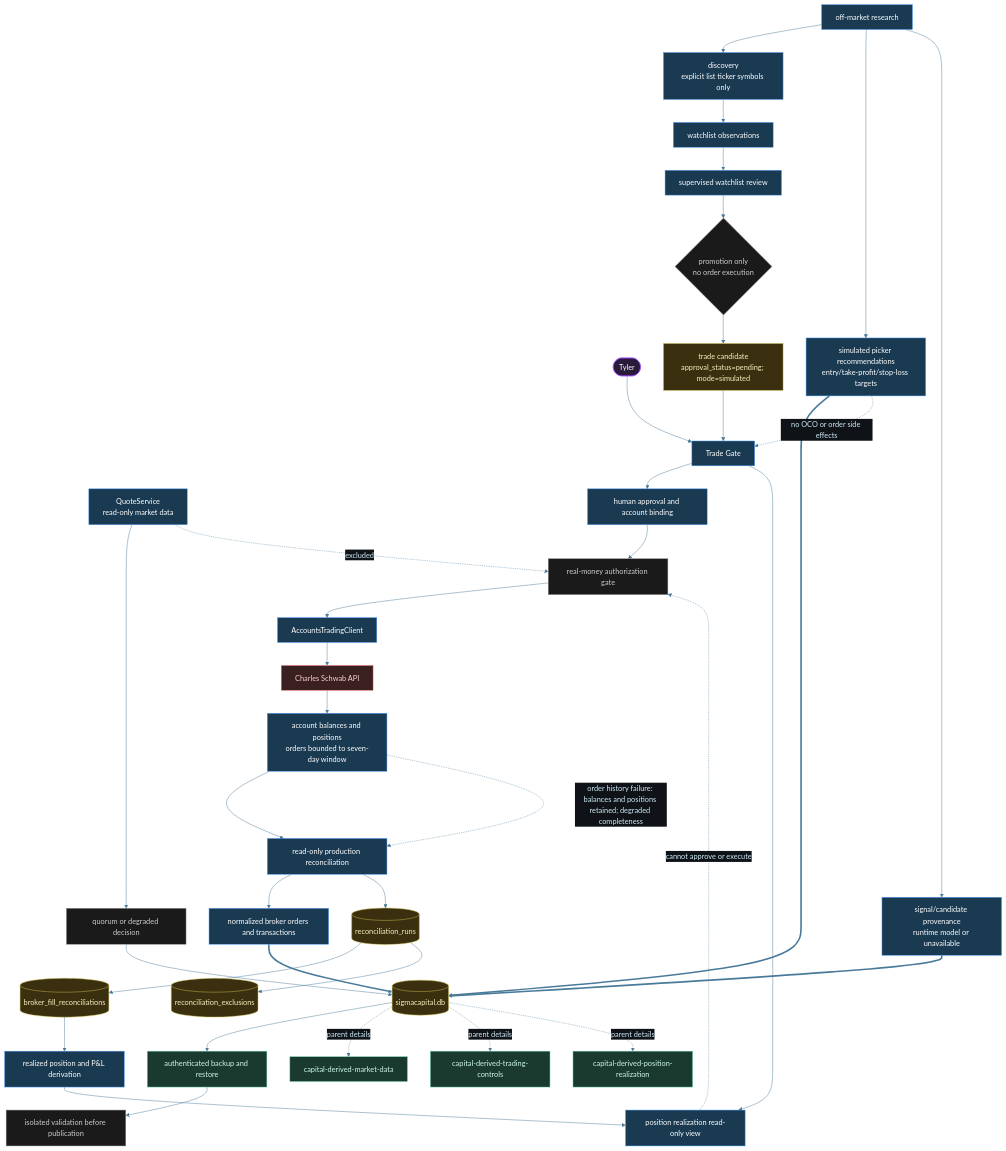
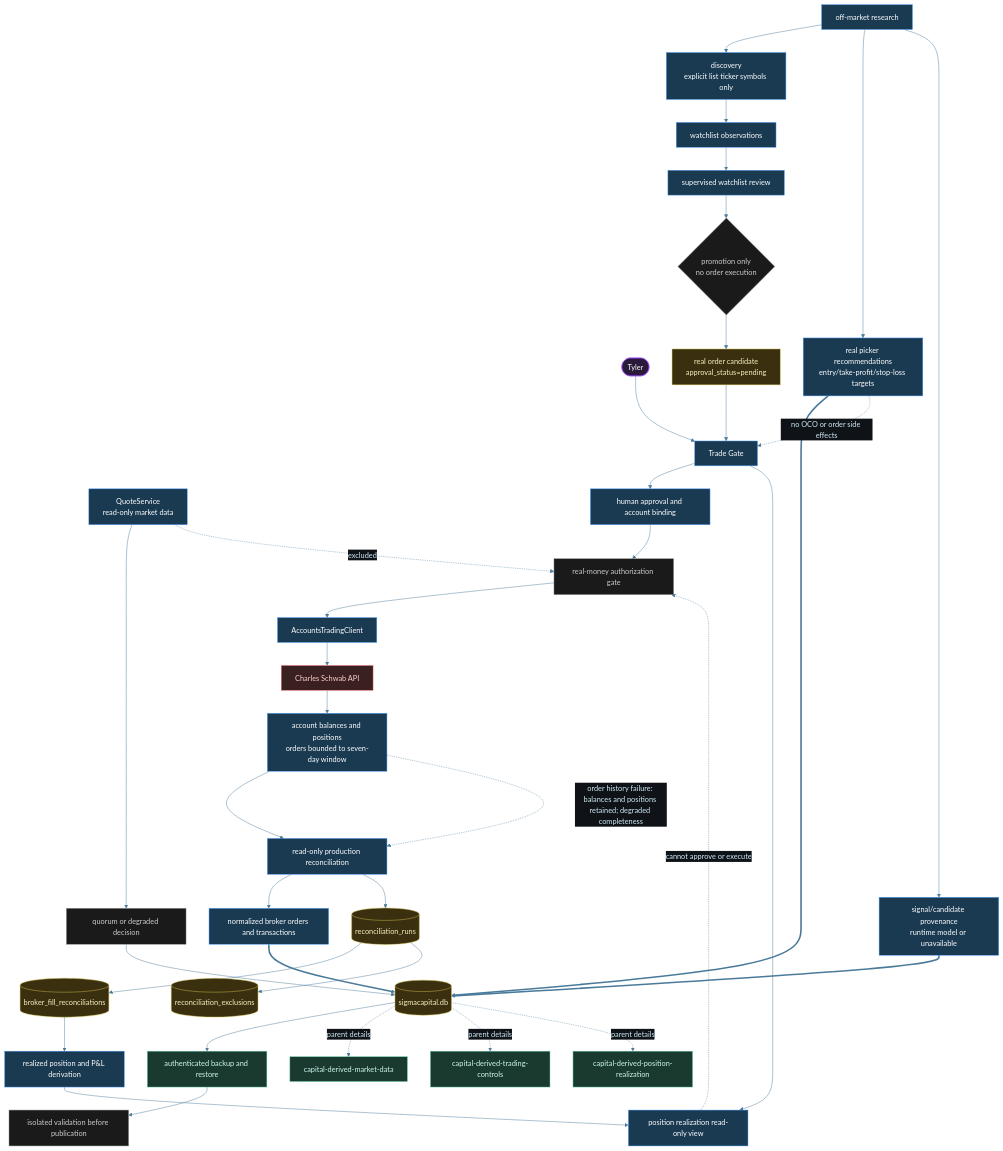
Before and after one commit to tylerdrakemusic/-Workspace: the diagram in diagrams/capital-architecture.mmd, drawn with Mermaid. The commit also changed 3 other files, not shown here.

Commit message:
docs: align picker diagrams with real candidates

```diff
--- a/diagrams/capital-architecture.mmd
+++ b/diagrams/capital-architecture.mmd
@@ -1,52 +1,52 @@
 %%{init: {'theme': 'base', 'themeVariables': {'primaryColor': '#1a2e3a', 'primaryTextColor': '#d0ecf8', 'edgeLabelBackground': '#0f1318', 'lineColor': '#4a7a9a'}}}%%
 %% is_derived_view=false
 %% Traceability.derived_views: diagrams/capital-derived-market-data.mmd, diagrams/capital-derived-trading-controls.mmd, diagrams/capital-derived-position-realization.mmd
 graph TB
     Tyler([Tyler]) --> TradeGate[Trade Gate]
     Research[off-market research] --> Discovery[discovery<br/>explicit list ticker symbols only]
     Discovery --> Watchlist[watchlist observations]
     Watchlist --> Review[supervised watchlist review]
     Review --> PromotionBoundary{promotion only<br/>no order execution}
-    PromotionBoundary --> Pending[trade candidate<br/>approval_status=pending; mode=simulated]
+    PromotionBoundary --> Pending[real order candidate<br/>approval_status=pending]
     Pending --> TradeGate
-    Research --> Picker[simulated picker recommendations<br/>entry/take-profit/stop-loss targets]
+    Research --> Picker[real picker recommendations<br/>entry/take-profit/stop-loss targets]
     Picker ==> CapitalDB
     Picker -.->|no OCO or order side effects| TradeGate
     Research --> ModelProvenance[signal/candidate provenance<br/>runtime model or unavailable]
     ModelProvenance ==> CapitalDB
     QuoteService[QuoteService<br/>read-only market data] --> QuoteDecision[quorum or degraded decision]
     QuoteDecision --> CapitalDB[(sigmacapital.db)]
     TradeGate --> Approval[human approval and account binding]
     Approval --> RealGate[real-money authorization gate]
     RealGate --> AccountsTrading[AccountsTradingClient]
     AccountsTrading --> Schwab[Charles Schwab API]
     Schwab --> AccountContext[account balances and positions<br/>orders bounded to seven-day window]
     AccountContext --> Reconciliation[read-only production reconciliation]
     AccountContext -.->|order history failure: balances and positions retained; degraded completeness| Reconciliation
     Reconciliation --> NormalizedFacts[normalized broker orders and transactions]
     NormalizedFacts ==> CapitalDB
     Reconciliation --> ReconciliationRun[(reconciliation_runs)]
     ReconciliationRun --> FillFacts[(broker_fill_reconciliations)]
     ReconciliationRun --> Exclusions[(reconciliation_exclusions)]
     FillFacts --> RealizedPnL[realized position and P&L derivation]
     RealizedPnL --> PositionView
     CapitalDB --> Backup[authenticated backup and restore]
     Backup --> Restore[isolated validation before publication]
     TradeGate --> PositionView[position realization read-only view]
     PositionView -.->|cannot approve or execute| RealGate
     QuoteService -.->|excluded| RealGate
     CapitalDB -.->|parent details| MarketView[capital-derived-market-data]
     CapitalDB -.->|parent details| TradingView[capital-derived-trading-controls]
     CapitalDB -.->|parent details| PositionViewDetail[capital-derived-position-realization]
     class Tyler tyler
     class QuoteService,TradeGate,Approval,AccountsTrading,PositionView,Research,Discovery,Watchlist,Review,Picker,ModelProvenance,AccountContext,Reconciliation,NormalizedFacts,RealizedPnL orch
     class QuoteDecision,RealGate,Restore,PromotionBoundary state
     class CapitalDB,Pending,ReconciliationRun,FillFacts,Exclusions db
     class Schwab ext
     class Backup,MarketView,TradingView,PositionViewDetail ws
 classDef tyler fill:#2a1a3a,stroke:#9e4aff,color:#fff
 classDef orch fill:#1a3a52,stroke:#4a9eff,color:#fff
 classDef ws fill:#1a3a30,stroke:#6ad4b4,color:#d0f8ee
 classDef ext fill:#3a2020,stroke:#ff7a7a,color:#ffd0d0
 classDef db fill:#3a3010,stroke:#d4c050,color:#f8f0c0
 classDef state fill:#1a1a1a,stroke:#888888,color:#cccccc
```
